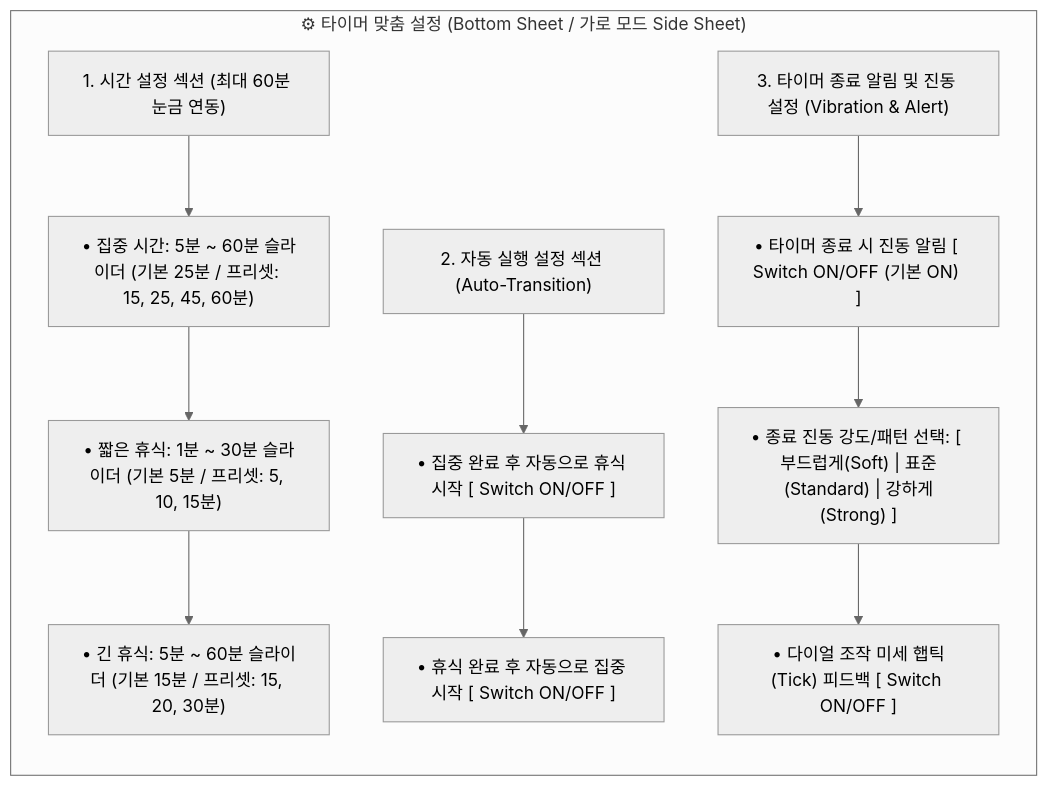
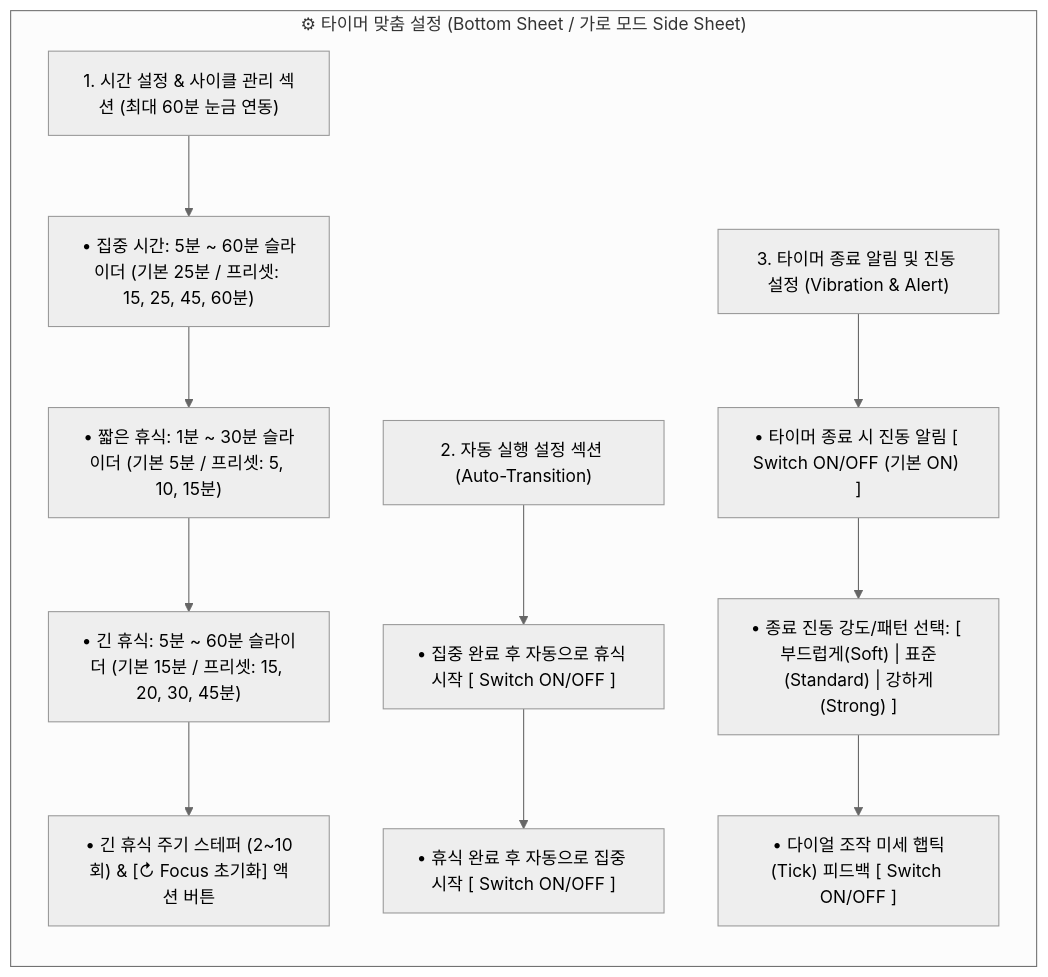
One commit to yunchanglee/pomodoro_app changed the second of 2 diagrams in DESIGN_GUIDE.md. Above: the diagram before and after it, drawn with Mermaid (neutral theme). The commit also changed other lines of this file and 10 other files, not shown here.

````diff
--- a/DESIGN_GUIDE.md
+++ b/DESIGN_GUIDE.md
@@ -208,21 +216,22 @@
 ```mermaid
 flowchart LR
     subgraph SettingsSheet["⚙ 타이머 맞춤 설정 (Bottom Sheet / 가로 모드 Side Sheet)"]
         direction TB
-        S1["1. 시간 설정 섹션 (최대 60분 눈금 연동)"]
+        S1["1. 시간 설정 & 사이클 관리 섹션 (최대 60분 눈금 연동)"]
         S1_1["• 집중 시간: 5분 ~ 60분 슬라이더 (기본 25분 / 프리셋: 15, 25, 45, 60분)"]
         S1_2["• 짧은 휴식: 1분 ~ 30분 슬라이더 (기본 5분 / 프리셋: 5, 10, 15분)"]
-        S1_3["• 긴 휴식: 5분 ~ 60분 슬라이더 (기본 15분 / 프리셋: 15, 20, 30분)"]
+        S1_3["• 긴 휴식: 5분 ~ 60분 슬라이더 (기본 15분 / 프리셋: 15, 20, 30, 45분)"]
+        S1_4["• 긴 휴식 주기 스테퍼 (2~10회) & [↻ Focus 초기화] 액션 버튼"]
         S2["2. 자동 실행 설정 섹션 (Auto-Transition)"]
         S2_1["• 집중 완료 후 자동으로 휴식 시작 [ Switch ON/OFF ]"]
         S2_2["• 휴식 완료 후 자동으로 집중 시작 [ Switch ON/OFF ]"]
         S3["3. 타이머 종료 알림 및 진동 설정 (Vibration & Alert)"]
         S3_1["• 타이머 종료 시 진동 알림 [ Switch ON/OFF (기본 ON) ]"]
         S3_2["• 종료 진동 강도/패턴 선택: [ 부드럽게(Soft) | 표준(Standard) | 강하게(Strong) ]"]
         S3_3["• 다이얼 조작 미세 햅틱(Tick) 피드백 [ Switch ON/OFF ]"]
         
-        S1 --> S1_1 --> S1_2 --> S1_3
+        S1 --> S1_1 --> S1_2 --> S1_3 --> S1_4
         S2 --> S2_1 --> S2_2
         S3 --> S3_1 --> S3_2 --> S3_3
     end
 ```
````
